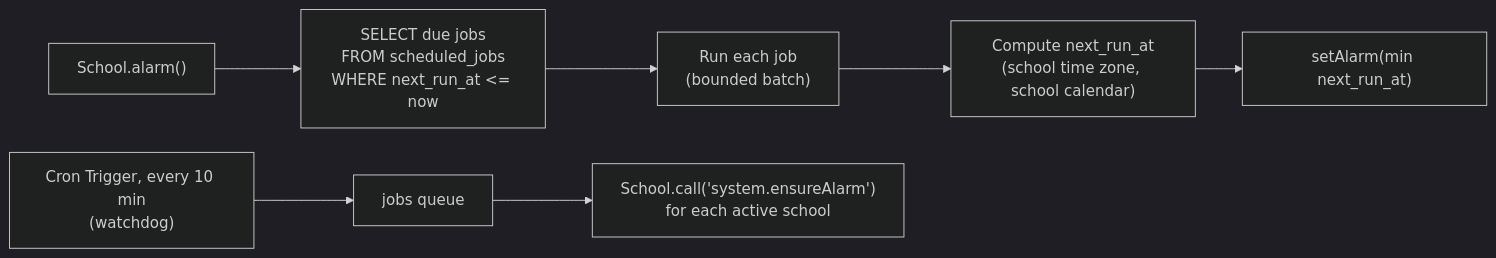
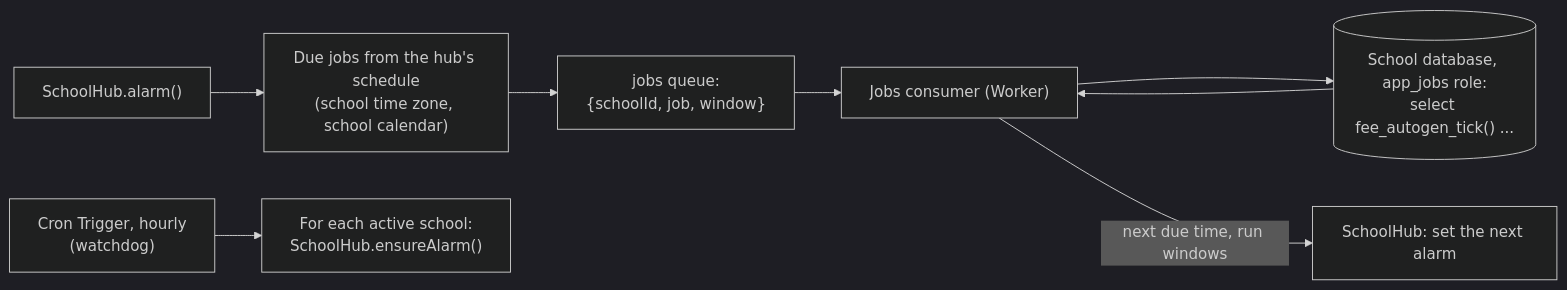
The second of 4 diagrams in docs/cloudflare-rebuild/14-jobs-messaging-realtime.md (Arran0/EduBerry_2026), drawn with Mermaid (dark theme) before and after one commit. The commit also changed other lines of this file and 10 other files, not shown here.

````diff
--- a/docs/cloudflare-rebuild/14-jobs-messaging-realtime.md
+++ b/docs/cloudflare-rebuild/14-jobs-messaging-realtime.md
@@ -87,8 +102,10 @@
 ```mermaid
 flowchart LR
-  alarm["School.alarm()"] --> due["SELECT due jobs<br/>FROM scheduled_jobs<br/>WHERE next_run_at <= now"]
-  due --> run["Run each job<br/>(bounded batch)"]
-  run --> next["Compute next_run_at<br/>(school time zone, school calendar)"]
-  next --> set["setAlarm(min next_run_at)"]
-  cron["Cron Trigger, every 10 min<br/>(watchdog)"] --> q["jobs queue"] --> ensure["School.call('system.ensureAlarm')<br/>for each active school"]
+  alarm["SchoolHub.alarm()"] --> due["Due jobs from the hub's schedule<br/>(school time zone, school calendar)"]
+  due --> q["jobs queue:<br/>{schoolId, job, window}"]
+  q --> c["Jobs consumer (Worker)"]
+  c --> db[("School database, app_jobs role:<br/>select fee_autogen_tick() ...")]
+  db --> c
+  c -- "next due time, run windows" --> hub["SchoolHub: set the next alarm"]
+  cron["Cron Trigger, hourly<br/>(watchdog)"] --> ensure["For each active school:<br/>SchoolHub.ensureAlarm()"]
 ```
````
